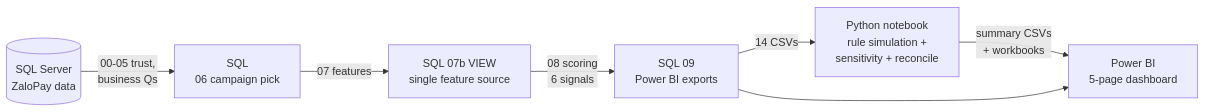
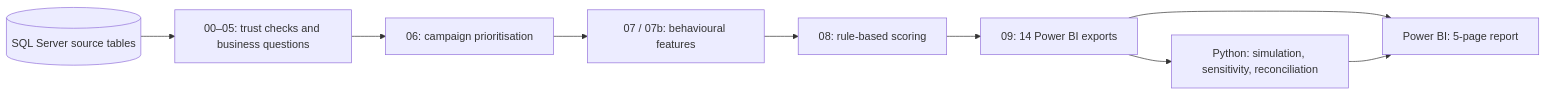
One commit to kath-pahotu/zalopay-promo-abuse-detection changed the diagram in README.md. Above: the diagram before and after it, drawn with Mermaid. The commit also changed other lines of this file and 2 other files, not shown here.

````diff
--- a/README.md
+++ b/README.md
@@ -56,9 +72,11 @@
 ```mermaid
 flowchart LR
-    A[(SQL Server<br/>ZaloPay data)] -->|"00-05 trust,<br/>business Qs"| B[SQL<br/>06 campaign pick]
-    B -->|"07 features"| C[SQL 07b VIEW<br/>single feature source]
-    C -->|"08 scoring<br/>6 signals"| D[SQL 09<br/>Power BI exports]
-    D -->|14 CSVs| E[Python notebook<br/>rule simulation +<br/>sensitivity + reconcile]
-    E -->|"summary CSVs<br/>+ workbooks"| F[Power BI<br/>5-page dashboard]
-    D --> F
+    A[(SQL Server source tables)] --> B[00–05: trust checks and business questions]
+    B --> C[06: campaign prioritisation]
+    C --> D[07 / 07b: behavioural features]
+    D --> E[08: rule-based scoring]
+    E --> F[09: 14 Power BI exports]
+    F --> G[Python: simulation, sensitivity, reconciliation]
+    F --> H[Power BI: 5-page report]
+    G --> H
 ```
````
